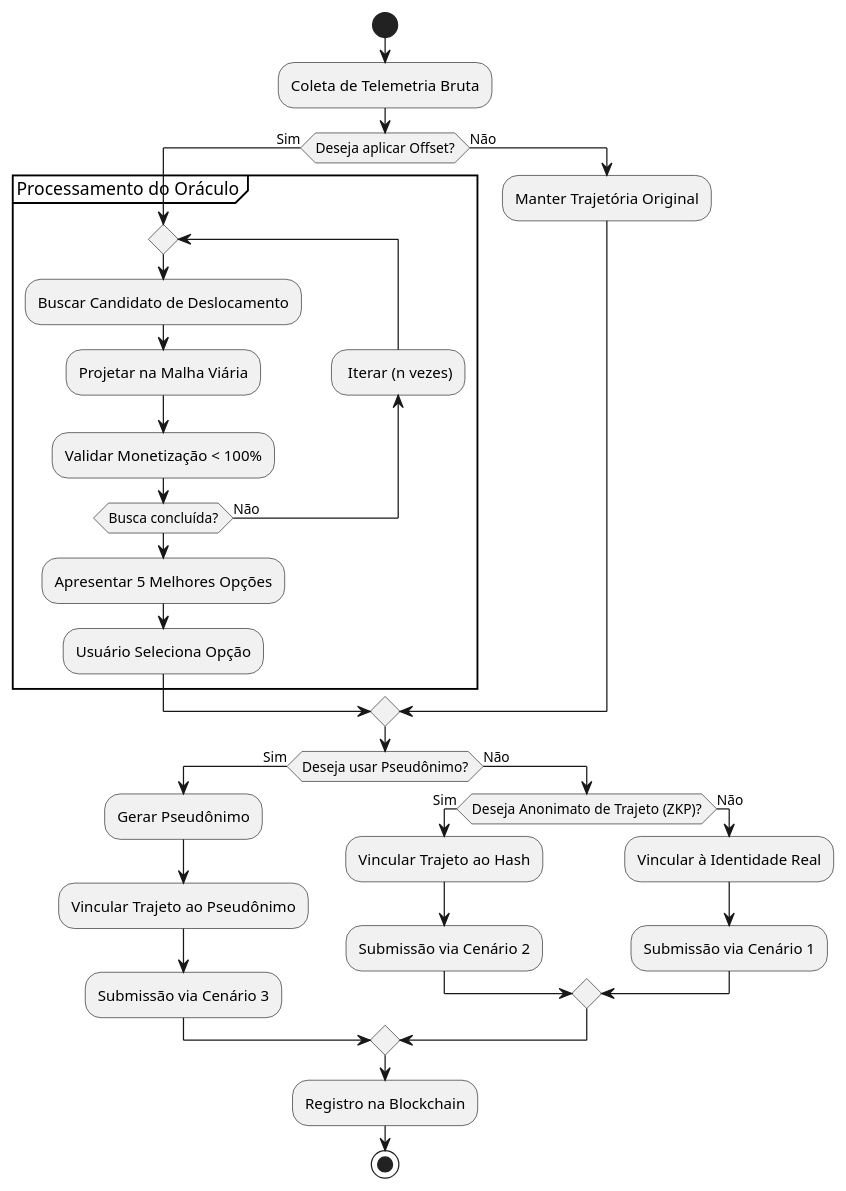
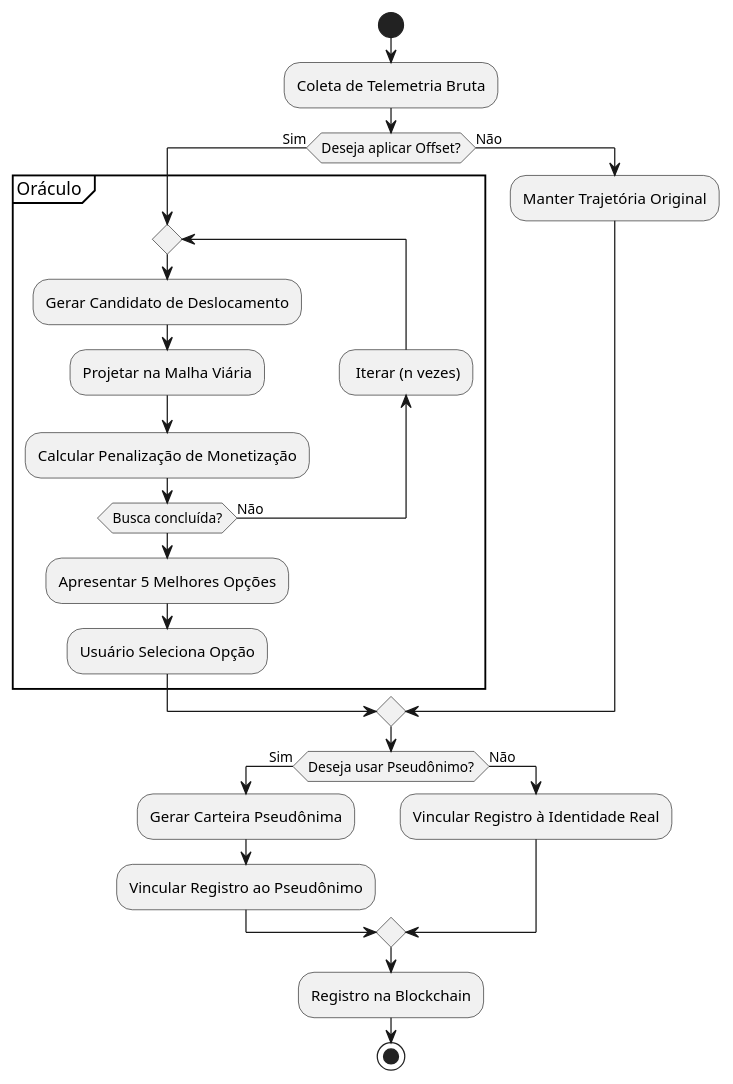
The diagram in contracts/privacy/DIAGRAMAS/diagramas/diagrama-offset.puml (Victor07july/besu-blockchain-inmetro), drawn with PlantUML before and after one commit. The commit also changed 11 other files, not shown here.

```diff
--- a/contracts/privacy/DIAGRAMAS/diagramas/diagrama-offset.puml
+++ b/contracts/privacy/DIAGRAMAS/diagramas/diagrama-offset.puml
@@ -1,40 +1,36 @@
 @startuml
 skinparam monochrome true
 skinparam shadowing false
 skinparam defaultFontName Arial
 
 start
 :Coleta de Telemetria Bruta;
 
 if (Deseja aplicar Offset?) then (Sim)
-  partition "Processamento do Oráculo" {
+  partition "Oráculo " {
     repeat
-      :Buscar Candidato de Deslocamento;
+      :Gerar Candidato de Deslocamento;
       :Projetar na Malha Viária;
-      :Validar Monetização < 100%;
+      :Calcular Penalização de Monetização;
     backward: Iterar (n vezes);
     repeat while (Busca concluída?) is (Não)
     :Apresentar 5 Melhores Opções;
     :Usuário Seleciona Opção;
   }
 else (Não)
   :Manter Trajetória Original;
+
 endif
 
 if (Deseja usar Pseudônimo?) then (Sim)
-  :Gerar Pseudônimo;
-  :Vincular Trajeto ao Pseudônimo;
-  :Submissão via Cenário 3;
+  :Gerar Carteira Pseudônima;
+  :Vincular Registro ao Pseudônimo;
+
 else (Não)
-  if (Deseja Anonimato de Trajeto (ZKP)?) then (Sim)
-    :Vincular Trajeto ao Hash;
-    :Submissão via Cenário 2;
-  else (Não)
-    :Vincular à Identidade Real;
-    :Submissão via Cenário 1;
-  endif
+  :Vincular Registro à Identidade Real;
+
 endif
 
 :Registro na Blockchain;
 stop
 @enduml
```
